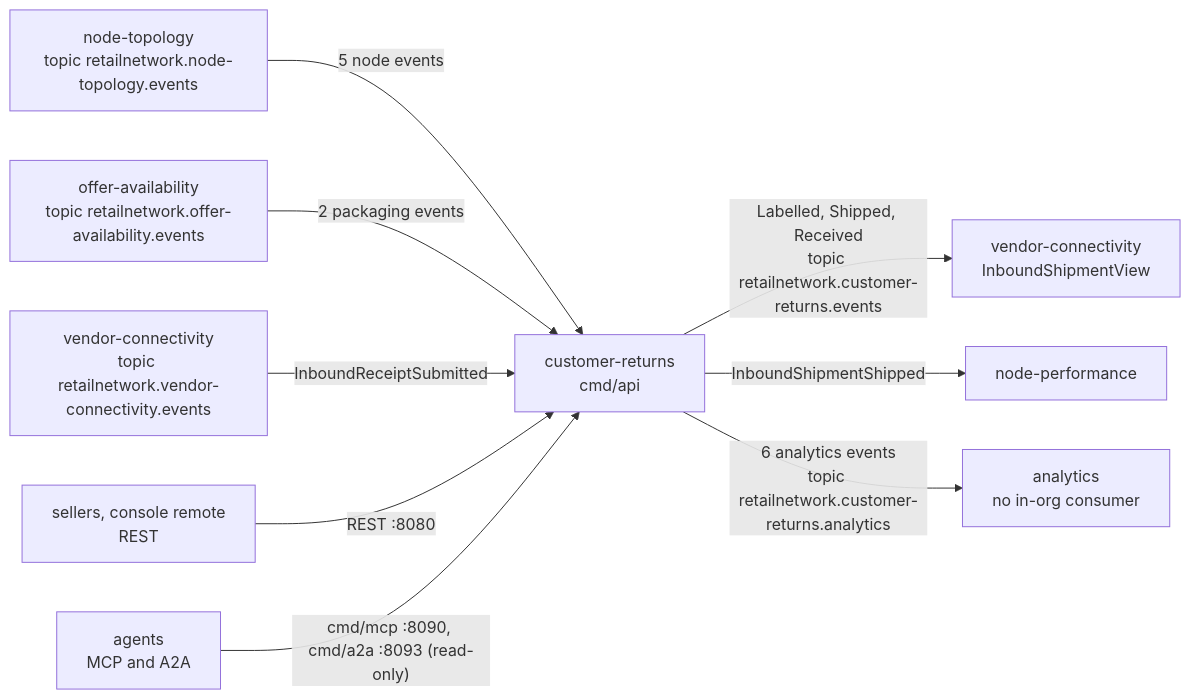
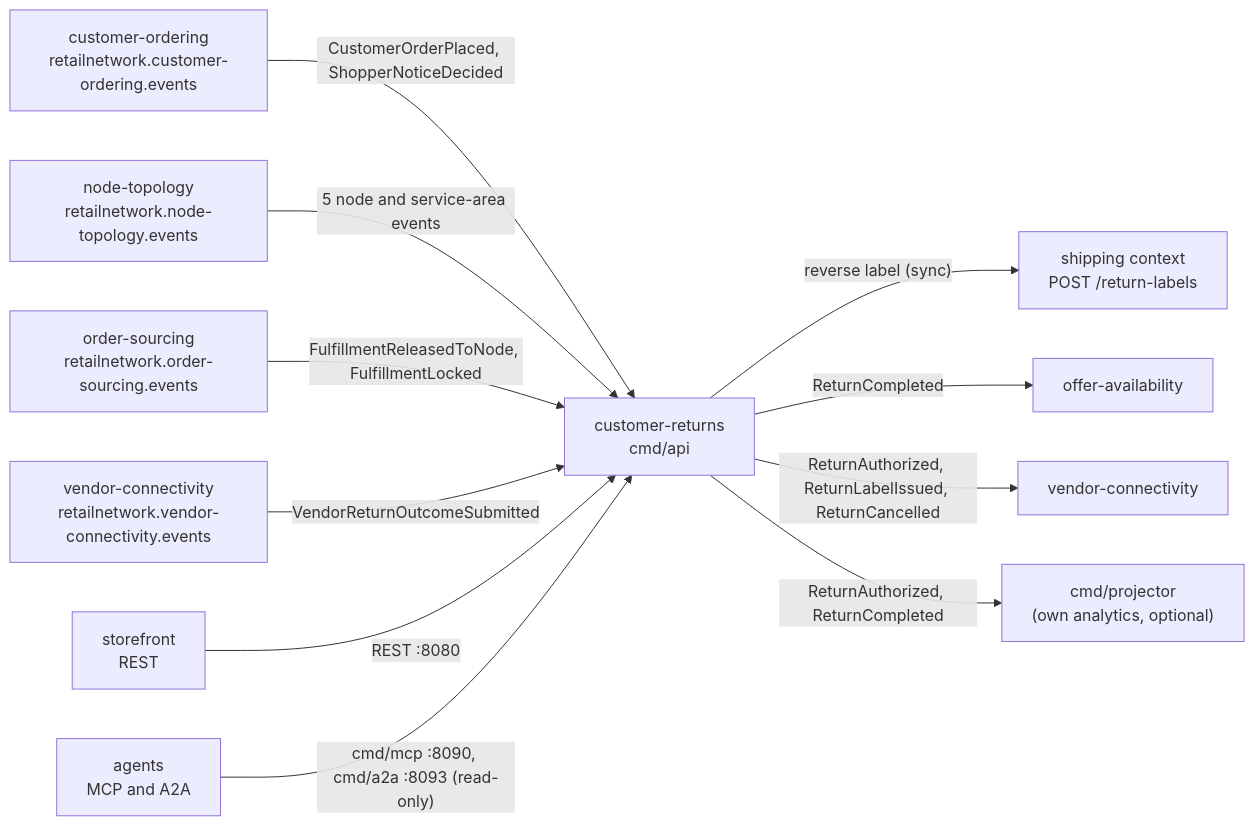
Before and after one commit to IQVO/customer-returns: the diagram in docs/docs/ecosystem/integration.md, drawn with Mermaid. The commit also changed other lines of this file and 17 other files, not shown here.

````diff
--- a/docs/docs/ecosystem/integration.md
+++ b/docs/docs/ecosystem/integration.md
@@ -21,20 +22,24 @@
 ```mermaid
 flowchart LR
-    NT["node-topology<br/>topic retailnetwork.node-topology.events"]
-    OA["offer-availability<br/>topic retailnetwork.offer-availability.events"]
-    VC["vendor-connectivity<br/>topic retailnetwork.vendor-connectivity.events"]
-    SI["customer-returns<br/>cmd/api"]
-    NP["node-performance"]
-    VC2["vendor-connectivity<br/>InboundShipmentView"]
-    AN["analytics<br/>no in-org consumer"]
-    SEL["sellers, console remote<br/>REST"]
+    CO["customer-ordering<br/>retailnetwork.customer-ordering.events"]
+    NT["node-topology<br/>retailnetwork.node-topology.events"]
+    OS["order-sourcing<br/>retailnetwork.order-sourcing.events"]
+    VC["vendor-connectivity<br/>retailnetwork.vendor-connectivity.events"]
+    CR["customer-returns<br/>cmd/api"]
+    SHP["shipping context<br/>POST /return-labels"]
+    OA["offer-availability"]
+    VC2["vendor-connectivity"]
+    PRJ["cmd/projector<br/>(own analytics, optional)"]
+    SF["storefront<br/>REST"]
     AG["agents<br/>MCP and A2A"]
-    NT -->|"5 node events"| SI
-    OA -->|"2 packaging events"| SI
-    VC -->|"InboundReceiptSubmitted"| SI
-    SI -->|"Labelled, Shipped, Received<br/>topic retailnetwork.customer-returns.events"| VC2
-    SI -->|"InboundShipmentShipped"| NP
-    SI -->|"6 analytics events<br/>topic retailnetwork.customer-returns.analytics"| AN
-    SEL -->|"REST :8080"| SI
-    AG -->|"cmd/mcp :8090, cmd/a2a :8093 (read-only)"| SI
+    CO -->|"CustomerOrderPlaced, ShopperNoticeDecided"| CR
+    NT -->|"5 node and service-area events"| CR
+    OS -->|"FulfillmentReleasedToNode, FulfillmentLocked"| CR
+    VC -->|"VendorReturnOutcomeSubmitted"| CR
+    CR -->|"reverse label (sync)"| SHP
+    CR -->|"ReturnCompleted"| OA
+    CR -->|"ReturnAuthorized, ReturnLabelIssued, ReturnCancelled"| VC2
+    CR -->|"ReturnAuthorized, ReturnCompleted"| PRJ
+    SF -->|"REST :8080"| CR
+    AG -->|"cmd/mcp :8090, cmd/a2a :8093 (read-only)"| CR
 ```
````
